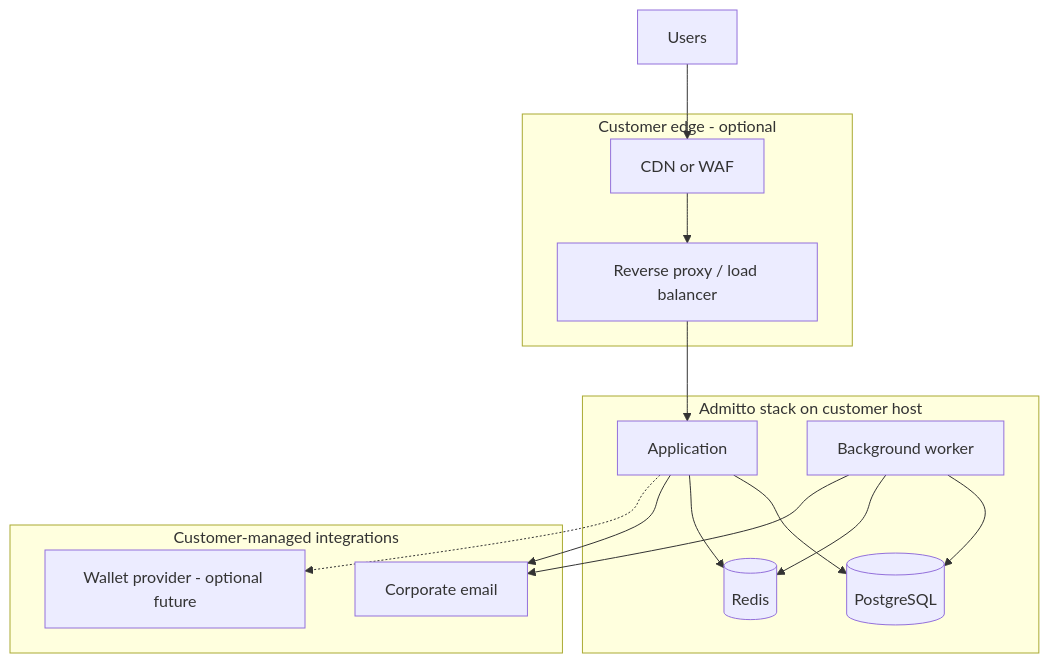
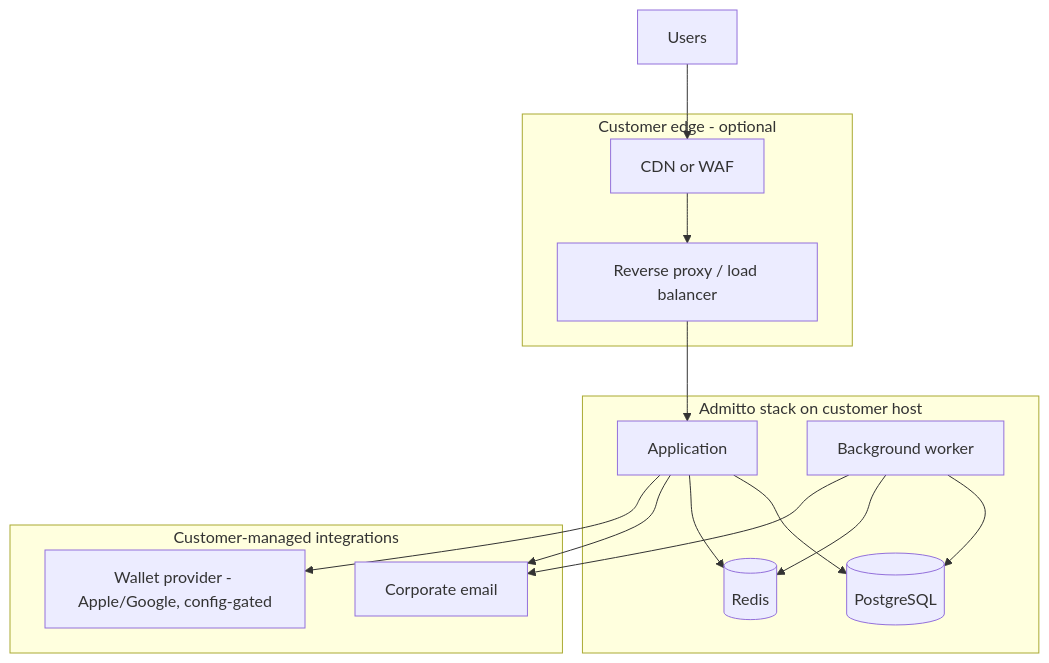
One commit to solarssk/admitto changed the first of 2 diagrams in docs/security/ARCHITECTURE-FOR-AUDITORS.md. Above: the diagram before and after it, drawn with Mermaid. The commit also changed 3 other files, not shown here.

First line of the commit message:
docs(security): fix stale required-checks list, wallet diagram, and dead links

````diff
--- a/docs/security/ARCHITECTURE-FOR-AUDITORS.md
+++ b/docs/security/ARCHITECTURE-FOR-AUDITORS.md
@@ -45,27 +45,27 @@
 ```mermaid
 flowchart TB
   subgraph edge [Customer edge - optional]
     CDN[CDN or WAF]
     RP[Reverse proxy / load balancer]
   end
   subgraph stack [Admitto stack on customer host]
     APP[Application]
     WORKER[Background worker]
     PG[(PostgreSQL)]
     RD[(Redis)]
   end
   subgraph external [Customer-managed integrations]
     Mail[Corporate email]
-    Wallet[Wallet provider - optional future]
+    Wallet[Wallet provider - Apple/Google, config-gated]
   end
   Users[Users] --> CDN
   CDN --> RP
   RP --> APP
   APP --> PG
   APP --> RD
   APP --> Mail
-  APP -.-> Wallet
+  APP --> Wallet
   WORKER --> PG
   WORKER --> RD
   WORKER --> Mail
 ```
````
